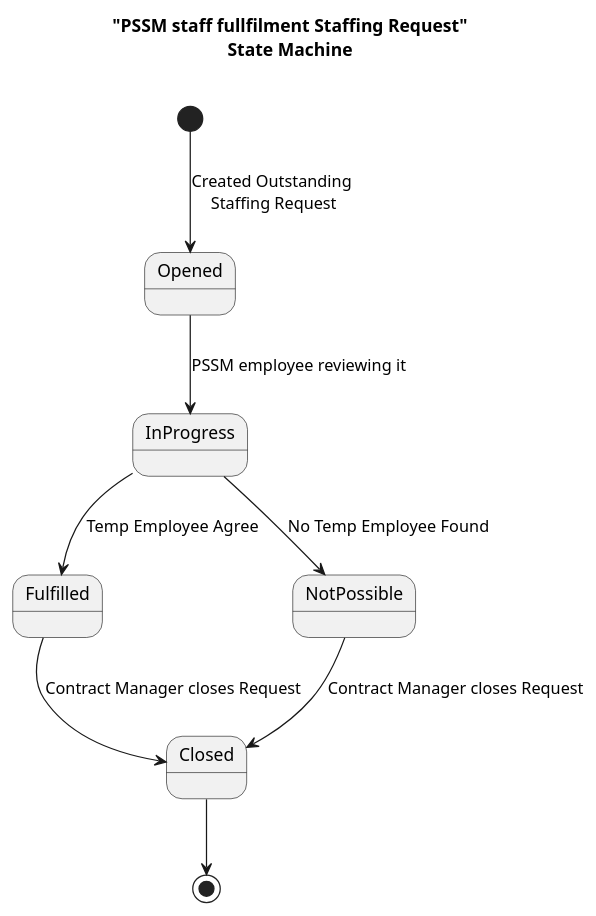
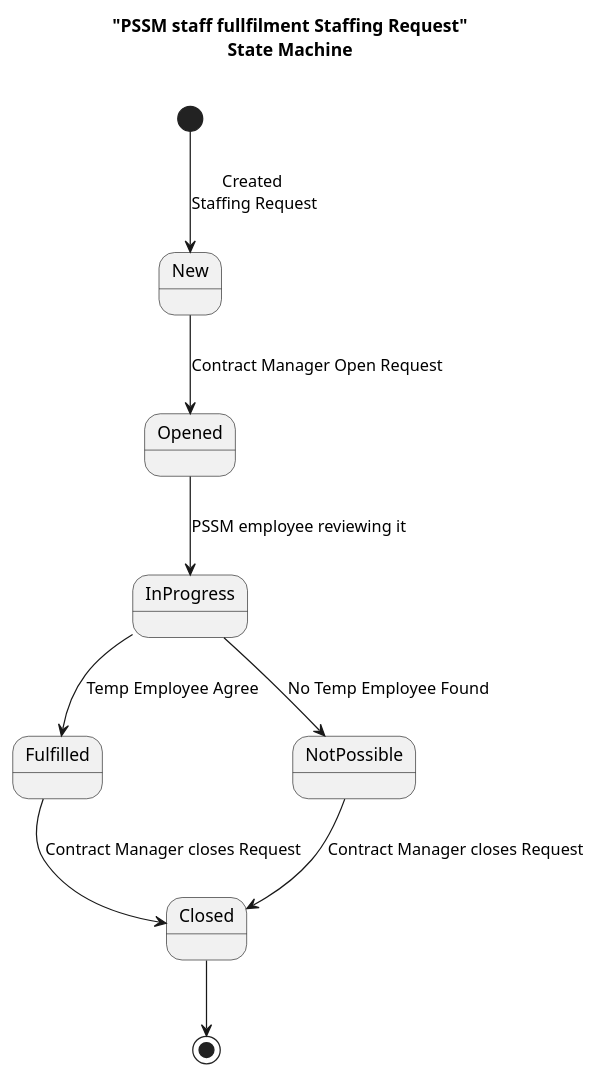
One commit to Nuissance/CIS641-capstone changed the diagram in Analysis/behavioral/PSSM_staff_fullfilment_sm.puml. Above: the diagram before and after it, drawn with PlantUML. The commit also changed 21 other files, not shown here.

```diff
--- a/Analysis/behavioral/PSSM_staff_fullfilment_sm.puml
+++ b/Analysis/behavioral/PSSM_staff_fullfilment_sm.puml
@@ -1,13 +1,14 @@
 @startuml
 skinparam monochrome true
 title "PSSM staff fullfilment Staffing Request"\nState Machine\n
 
-[*] --> Opened : Created Outstanding \nStaffing Request
+[*] --> New : Created \nStaffing Request
+New --> Opened : Contract Manager Open Request
 Opened --> InProgress: PSSM employee reviewing it
 InProgress --> Fulfilled: Temp Employee Agree
 InProgress --> NotPossible: No Temp Employee Found
 Fulfilled --> Closed : Contract Manager closes Request
 NotPossible --> Closed : Contract Manager closes Request
 Closed --> [*]
 
 @enduml
```
